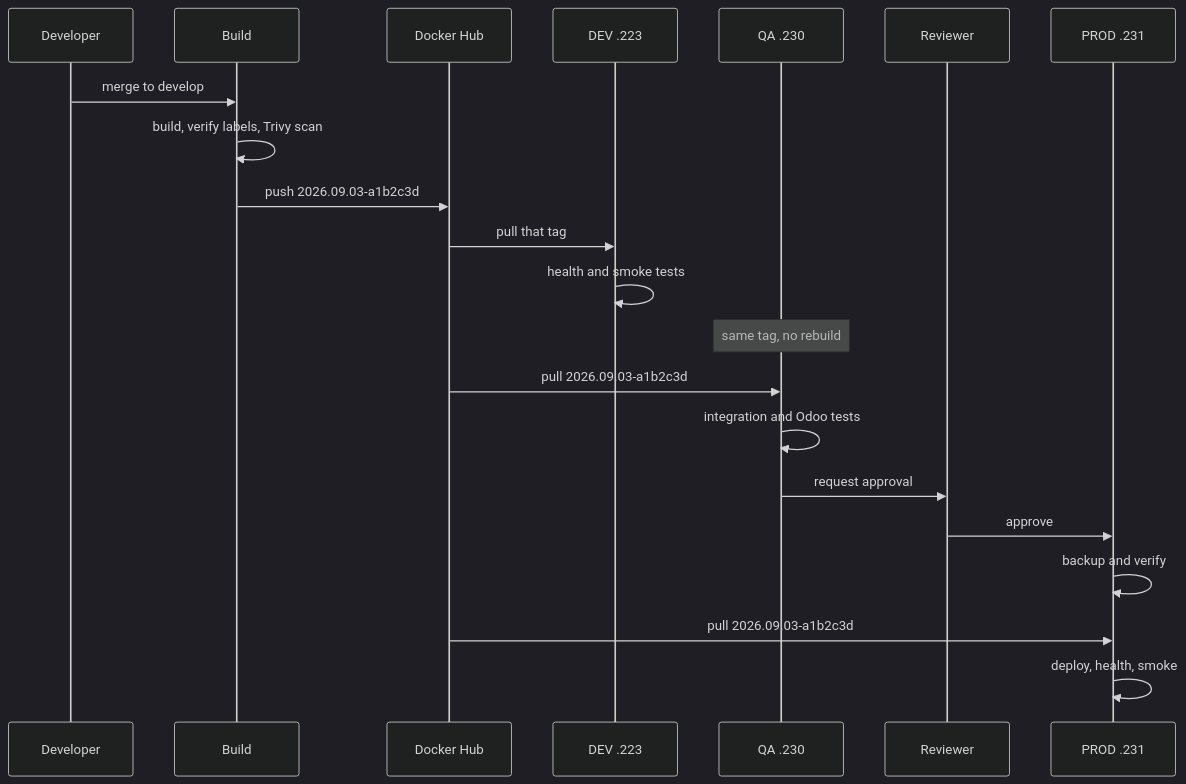
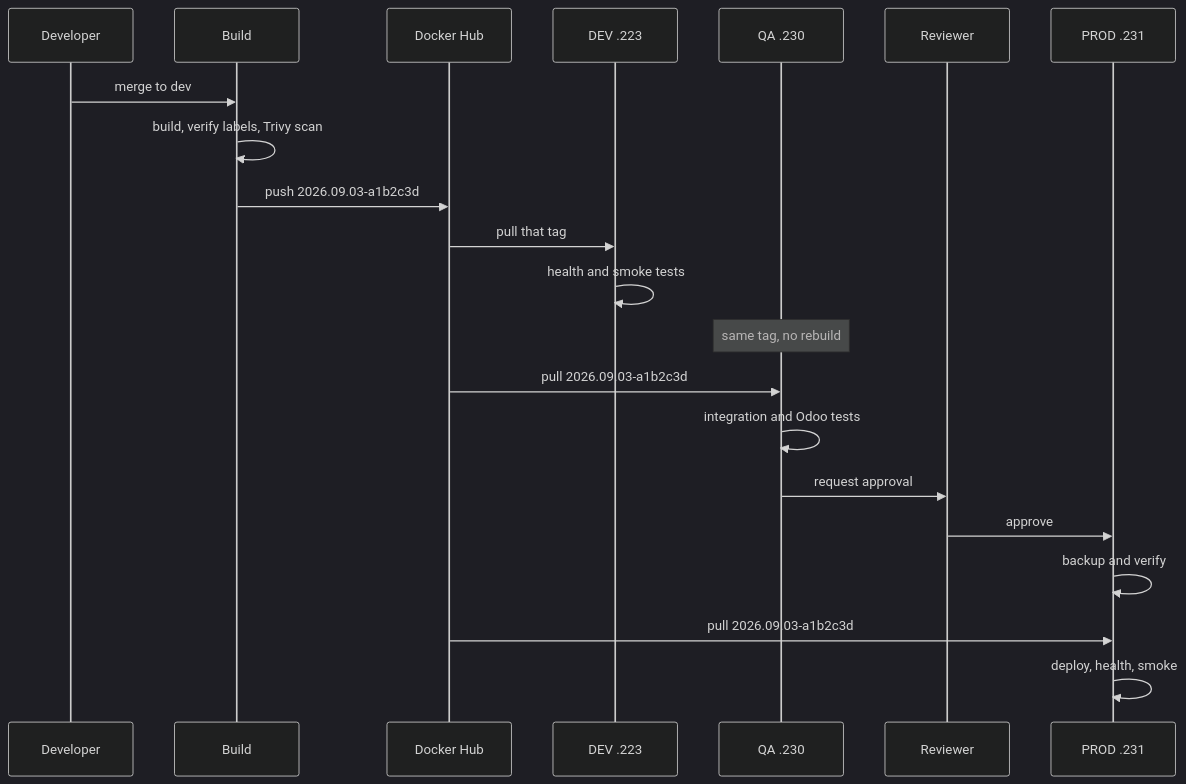
One commit to rthway/odoo-platform changed the diagram in docs/deployment.md. Above: the diagram before and after it, drawn with Mermaid (dark theme). The commit also changed other lines of this file and 11 other files, not shown here.

````diff
--- a/docs/deployment.md
+++ b/docs/deployment.md
@@ -10,24 +10,24 @@
 ```mermaid
 sequenceDiagram
     participant D as Developer
     participant B as Build
     participant H as Docker Hub
     participant DEV as DEV .223
     participant QA as QA .230
     participant R as Reviewer
     participant P as PROD .231
 
-    D->>B: merge to develop
+    D->>B: merge to dev
     B->>B: build, verify labels, Trivy scan
     B->>H: push 2026.09.03-a1b2c3d
     H->>DEV: pull that tag
     DEV->>DEV: health and smoke tests
     Note over QA: same tag, no rebuild
     H->>QA: pull 2026.09.03-a1b2c3d
     QA->>QA: integration and Odoo tests
     QA->>R: request approval
     R->>P: approve
     P->>P: backup and verify
     H->>P: pull 2026.09.03-a1b2c3d
     P->>P: deploy, health, smoke
 ```
````
